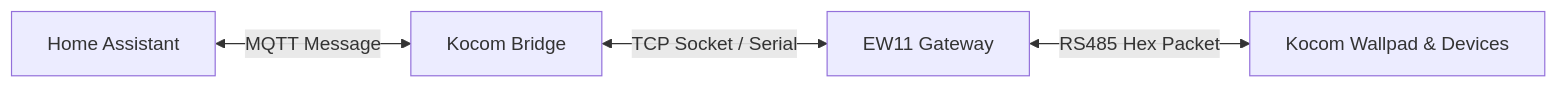
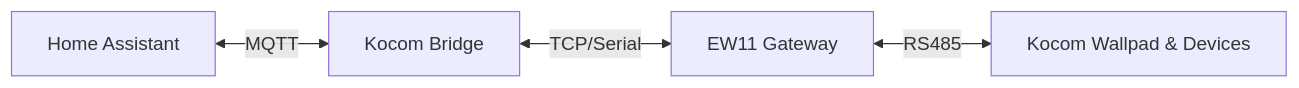
One commit to indielife/wallpad-mqtt-bridge changed the diagram in docs/architecture.md. Above: the diagram before and after it, drawn with Mermaid. The commit also changed other lines of this file and 33 other files, not shown here.

````diff
--- a/docs/architecture.md
+++ b/docs/architecture.md
@@ -11,6 +11,6 @@
 ```mermaid
 graph LR
-    HA[Home Assistant] <-->|MQTT Message| Bridge[Kocom Bridge]
-    Bridge <-->|TCP Socket / Serial| EW11[EW11 Gateway]
-    EW11 <-->|RS485 Hex Packet| Wallpad[Kocom Wallpad & Devices]
+    HA[Home Assistant] <--> |MQTT| Bridge[Kocom Bridge]
+    Bridge <--> |TCP/Serial| EW11[EW11 Gateway]
+    EW11 <--> |RS485| Wallpad[Kocom Wallpad & Devices]
 ```
````
